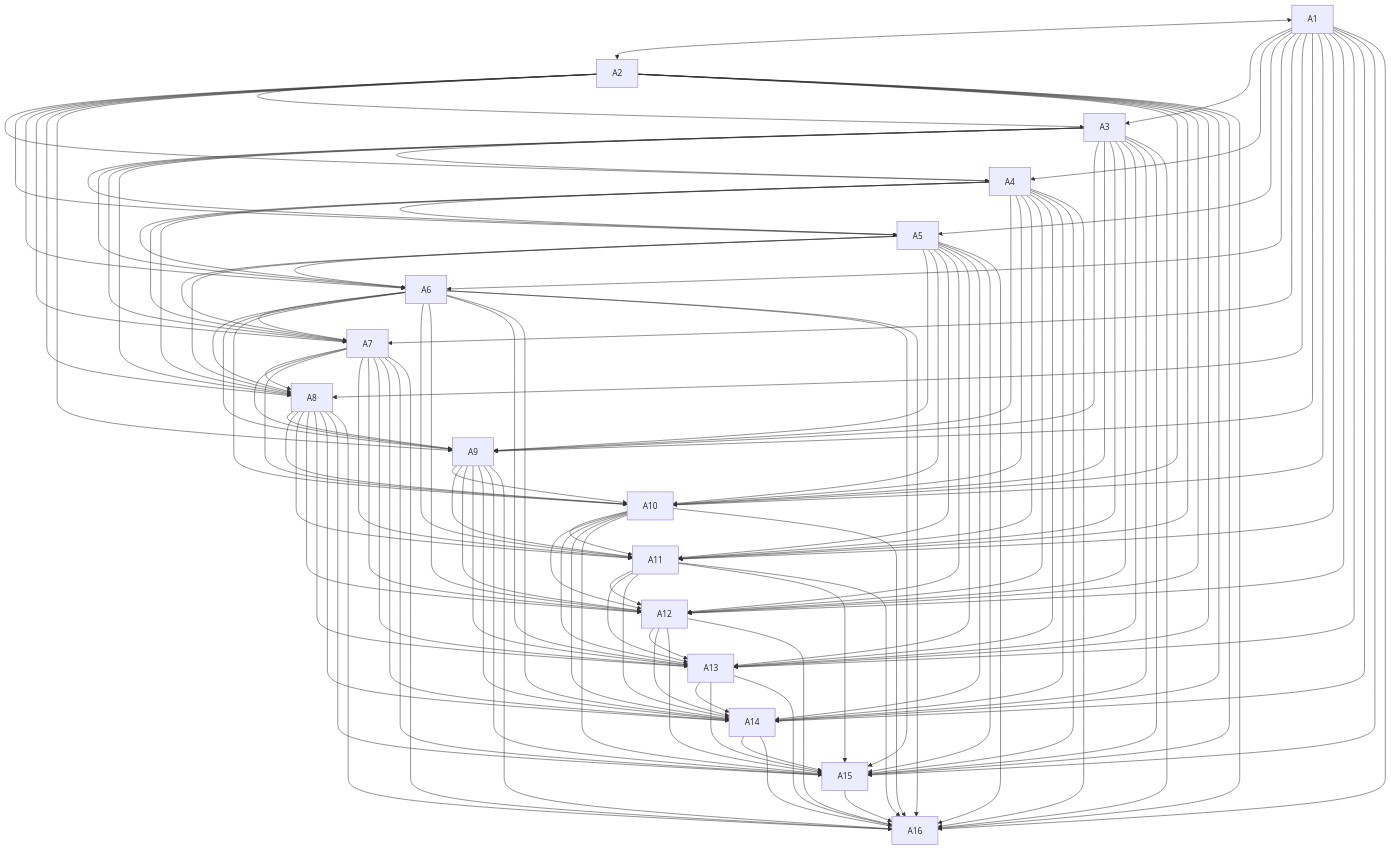
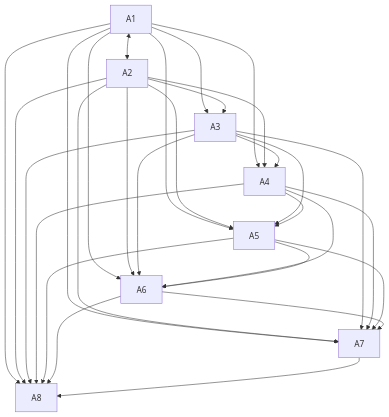
One commit to n-kodem/CitiesTravelling changed the second of 2 diagrams in README.md. Above: the diagram before and after it, drawn with Mermaid. The commit also changed 3 other files, not shown here.

````diff
--- a/README.md
+++ b/README.md
@@ -25,117 +25,26 @@
       A1-->A6
       A1-->A7
       A1-->A8
-      A1-->A9
-      A1-->A10
-      A1-->A11
-      A1-->A12
-      A1-->A13
-      A1-->A14
-      A1-->A15
-      A1-->A16
       A2-->A3
       A2-->A4
       A2-->A5
       A2-->A6
       A2-->A7
       A2-->A8
-      A2-->A9
-      A2-->A10
-      A2-->A11
-      A2-->A12
-      A2-->A13
-      A2-->A14
-      A2-->A15
-      A2-->A16
       A3-->A4
       A3-->A5
       A3-->A6
       A3-->A7
       A3-->A8
-      A3-->A9
-      A3-->A10
-      A3-->A11
-      A3-->A12
-      A3-->A13
-      A3-->A14
-      A3-->A15
-      A3-->A16
       A4-->A5
       A4-->A6
       A4-->A7
       A4-->A8
-      A4-->A9
-      A4-->A10
-      A4-->A11
-      A4-->A12
-      A4-->A13
-      A4-->A14
-      A4-->A15
-      A4-->A16
       A5-->A6
       A5-->A7
       A5-->A8
-      A5-->A9
-      A5-->A10
-      A5-->A11
-      A5-->A12
-      A5-->A13
-      A5-->A14
-      A5-->A15
-      A5-->A16
       A6-->A7
       A6-->A8
-      A6-->A9
-      A6-->A10
-      A6-->A11
-      A6-->A12
-      A6-->A13
-      A6-->A14
-      A6-->A15
-      A6-->A16
       A7-->A8
-      A7-->A9
-      A7-->A10
-      A7-->A11
-      A7-->A12
-      A7-->A13
-      A7-->A14
-      A7-->A15
-      A7-->A16
-      A8-->A9
-      A8-->A10
-      A8-->A11
-      A8-->A12
-      A8-->A13
-      A8-->A14
-      A8-->A15
-      A8-->A16
-      A9-->A10
-      A9-->A11
-      A9-->A12
-      A9-->A13
-      A9-->A14
-      A9-->A15
-      A9-->A16
-      A10-->A11
-      A10-->A12
-      A10-->A13
-      A10-->A14
-      A10-->A15
-      A10-->A16
-      A11-->A12
-      A11-->A13
-      A11-->A14
-      A11-->A15
-      A11-->A16
-      A12-->A13
-      A12-->A14
-      A12-->A15
-      A12-->A16
-      A13-->A14
-      A13-->A15
-      A13-->A16
-      A14-->A15
-      A14-->A16
-      A15-->A16
+
 ```
````
